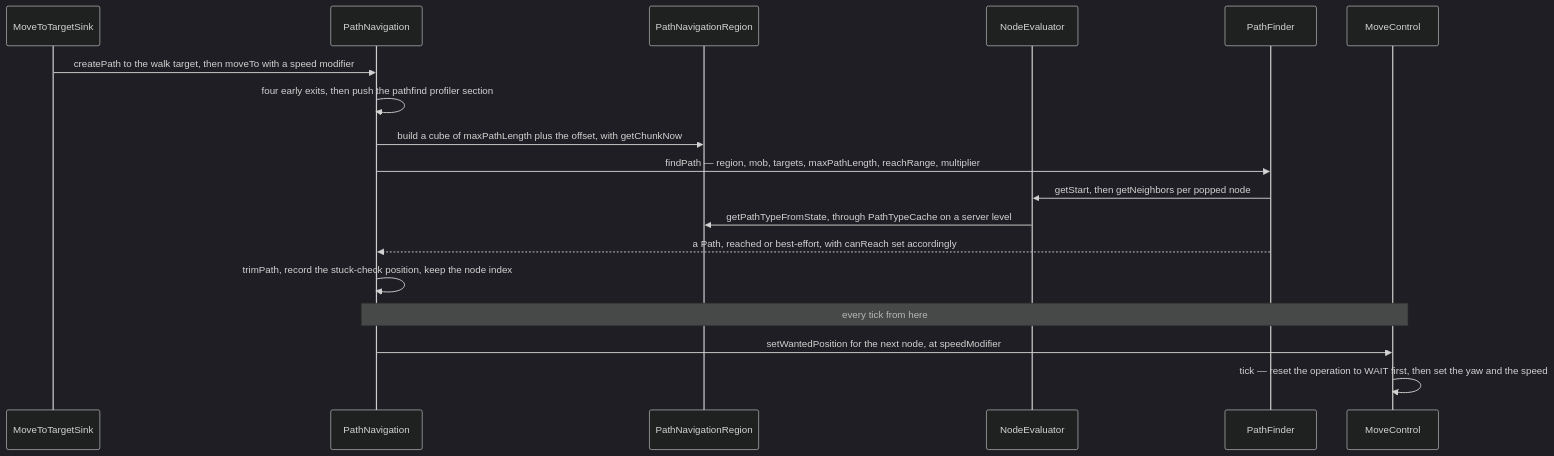
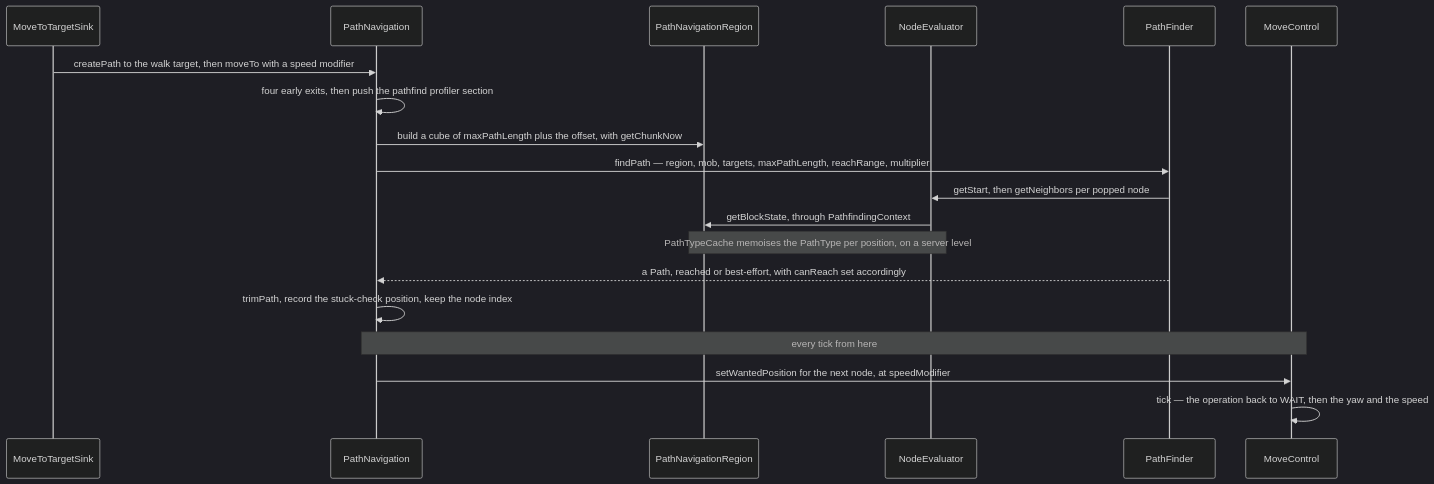
Before and after one commit to AlexanderjFraser/MinecraftDocs: the second of 2 diagrams in src/systems/entities/pathfinding.md, drawn with Mermaid (dark theme). The commit also changed other lines of this file and 23 other files, not shown here.

````diff
--- a/src/systems/entities/pathfinding.md
+++ b/src/systems/entities/pathfinding.md
@@ -203,21 +205,22 @@
 ```mermaid
 sequenceDiagram
     participant MTS as MoveToTargetSink
     participant PN as PathNavigation
     participant PNR as PathNavigationRegion
     participant NE as NodeEvaluator
     participant PF as PathFinder
     participant MoveC as MoveControl
 
     MTS->>PN: createPath to the walk target, then moveTo with a speed modifier
     PN->>PN: four early exits, then push the pathfind profiler section
     PN->>PNR: build a cube of maxPathLength plus the offset, with getChunkNow
     PN->>PF: findPath — region, mob, targets, maxPathLength, reachRange, multiplier
     PF->>NE: getStart, then getNeighbors per popped node
-    NE->>PNR: getPathTypeFromState, through PathTypeCache on a server level
+    NE->>PNR: getBlockState, through PathfindingContext
+    Note over NE,PNR: PathTypeCache memoises the PathType per position, on a server level
     PF-->>PN: a Path, reached or best-effort, with canReach set accordingly
     PN->>PN: trimPath, record the stuck-check position, keep the node index
     Note over PN,MoveC: every tick from here
     PN->>MoveC: setWantedPosition for the next node, at speedModifier
-    MoveC->>MoveC: tick — reset the operation to WAIT first, then set the yaw and the speed
+    MoveC->>MoveC: tick — the operation back to WAIT, then the yaw and the speed
 ```
````
